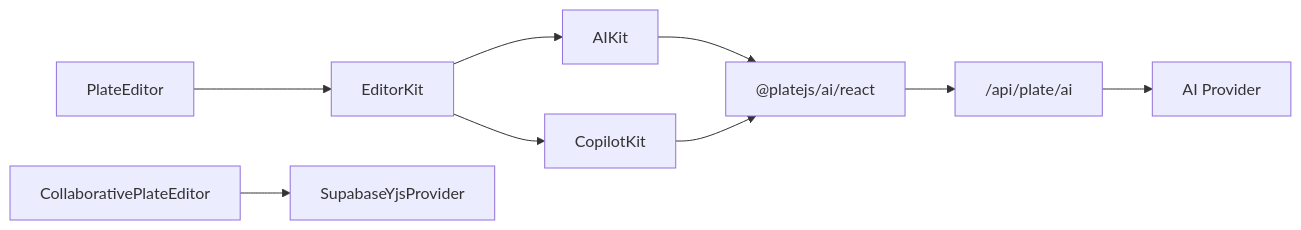
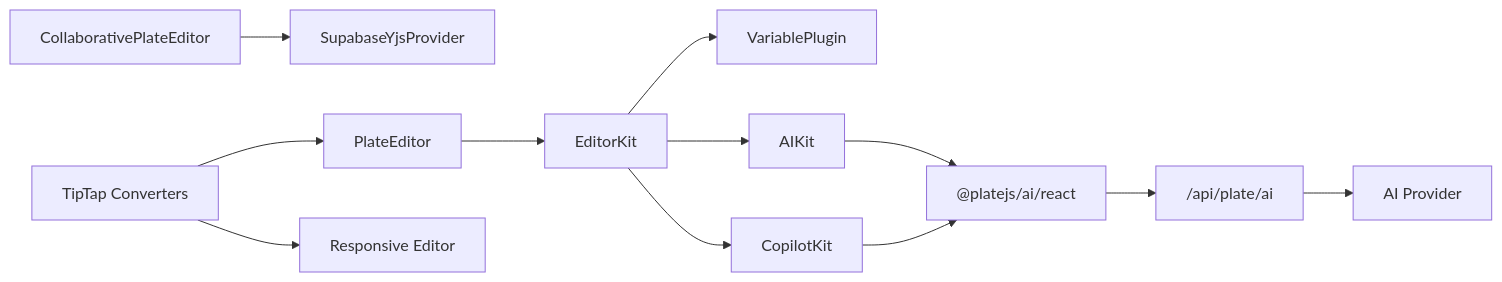
One commit to SinesysTech/zattar-os changed the eighth of 8 diagrams in .qoder/repowiki/en/content/Document Management and AI Editor/AI-Assisted Document Editing.md. Above: the diagram before and after it, drawn with Mermaid. The commit also changed other lines of this file and 12 other files, not shown here.

````diff
--- a/.qoder/repowiki/en/content/Document Management and AI Editor/AI-Assisted Document Editing.md
+++ b/.qoder/repowiki/en/content/Document Management and AI Editor/AI-Assisted Document Editing.md
@@ -258,11 +415,14 @@
 ```mermaid
 graph LR
 PE["PlateEditor"] --> EK["EditorKit"]
+EK --> VP["VariablePlugin"]
 EK --> AIK["AIKit"]
 EK --> CK["CopilotKit"]
 AIK --> PM["@platejs/ai/react"]
 CK --> PM
 PM --> API["/api/plate/ai"]
 API --> Provider["AI Provider"]
 CPE["CollaborativePlateEditor"] --> Yjs["SupabaseYjsProvider"]
+TH["TipTap Converters"] --> PE
+TH --> RPE["Responsive Editor"]
 ```
````
